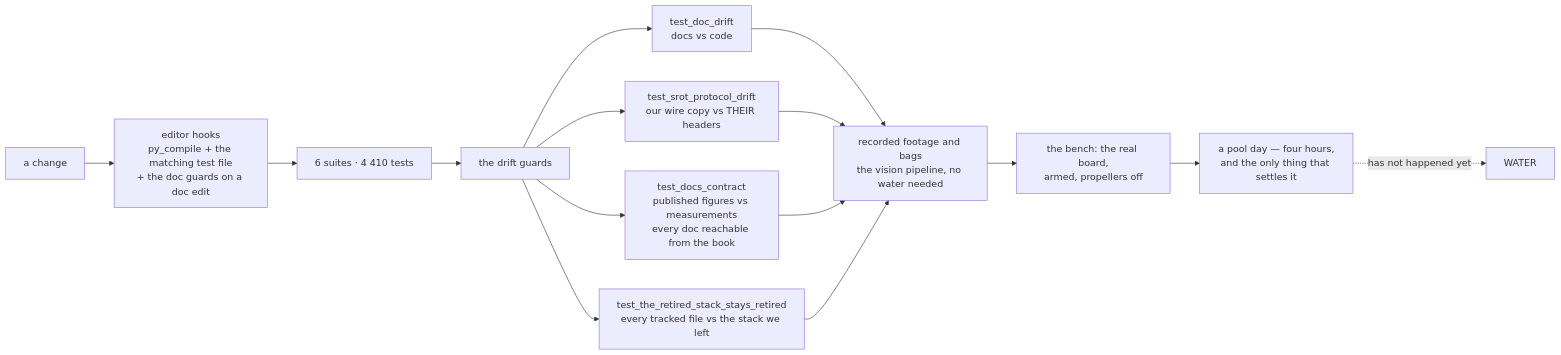
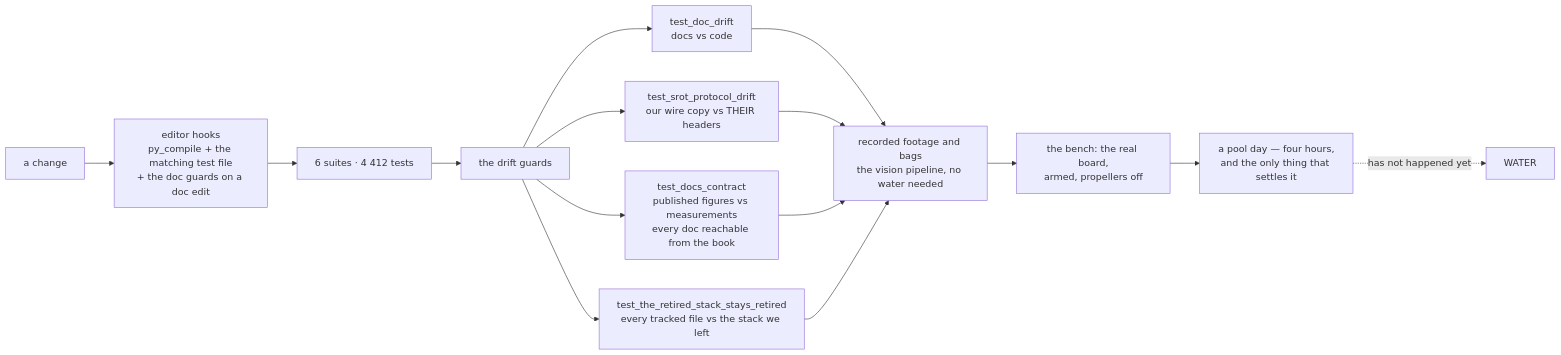
Before and after one commit to fh1m/mongla_ws: the ninth of 10 diagrams in README.md, drawn with Mermaid. The commit also changed other lines of this file and 2 other files, not shown here.

````diff
--- a/README.md
+++ b/README.md
@@ -810,17 +810,17 @@
 ```mermaid
 flowchart LR
     DEV["a change"] --> HOOK["editor hooks<br/>py_compile + the matching test file<br/>+ the doc guards on a doc edit"]
-    HOOK --> UNIT["6 suites · 4 410 tests"]
+    HOOK --> UNIT["6 suites · 4 412 tests"]
     UNIT --> GUARD["the drift guards"]
     GUARD --> G1["test_doc_drift<br/>docs vs code"]
     GUARD --> G2["test_srot_protocol_drift<br/>our wire copy vs THEIR headers"]
     GUARD --> G3["test_docs_contract<br/>published figures vs measurements<br/>every doc reachable from the book"]
     GUARD --> G4["test_the_retired_stack_stays_retired<br/>every tracked file vs the stack we left"]
     G1 --> REPLAY["recorded footage and bags<br/>the vision pipeline, no water needed"]
     G2 --> REPLAY
     G3 --> REPLAY
     G4 --> REPLAY
     REPLAY --> BENCH["the bench: the real board,<br/>armed, propellers off"]
     BENCH --> POOL["a pool day — four hours,<br/>and the only thing that settles it"]
     POOL -.->|"has not happened yet"| WATER["WATER"]
 ```
````
